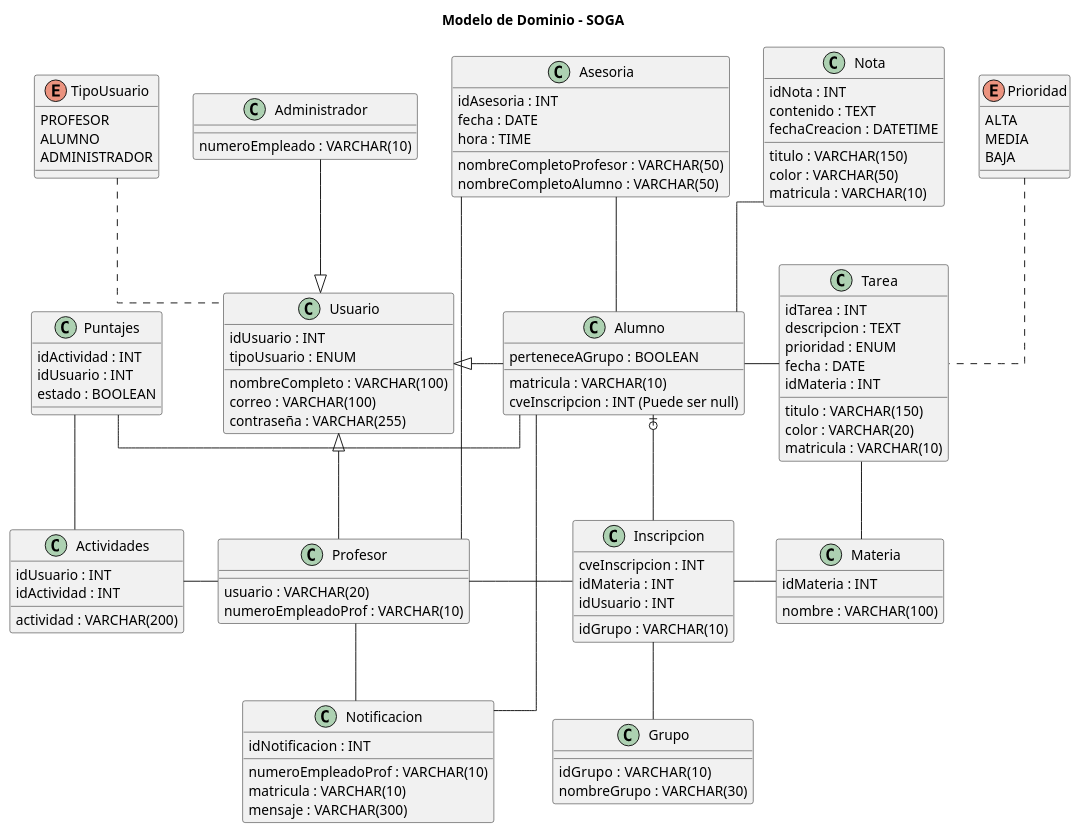
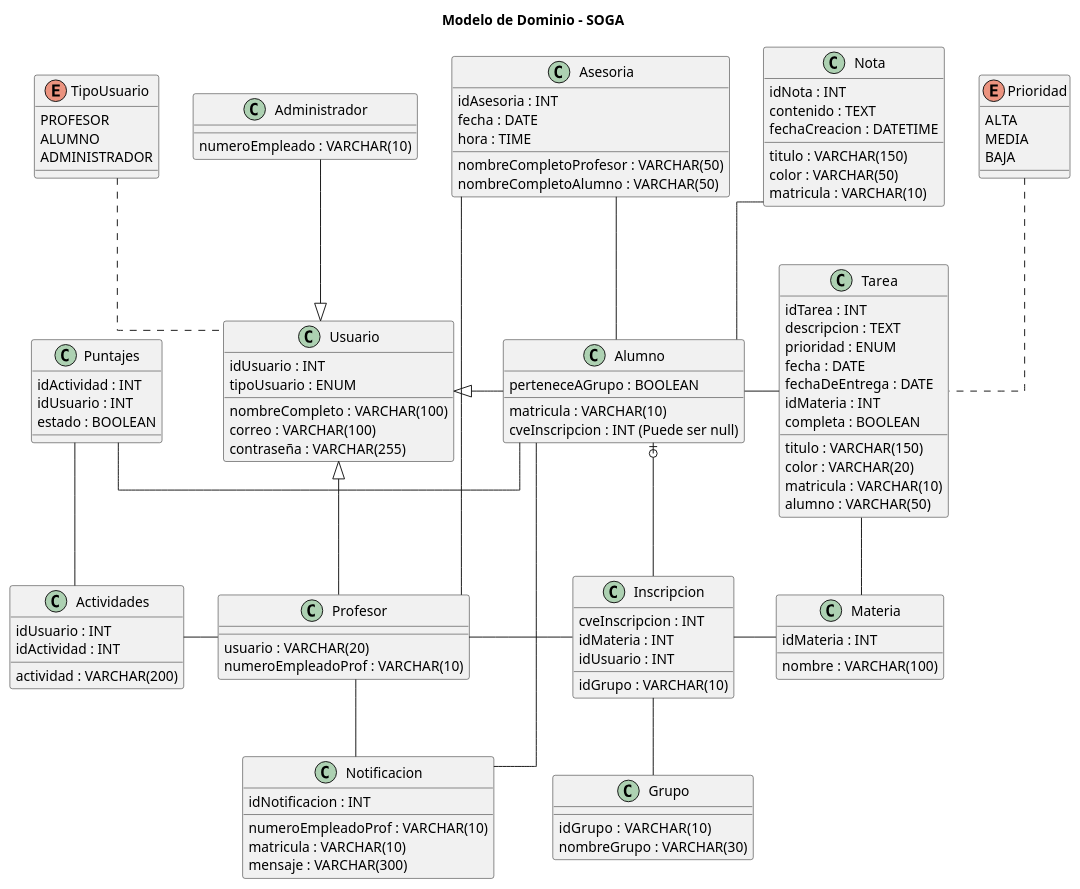
The diagram in lib/modelo.puml (Emma230807/soga), drawn with PlantUML before and after one commit. The commit also changed 7 other files, not shown here.

```diff
--- a/lib/modelo.puml
+++ b/lib/modelo.puml
@@ -2,158 +2,161 @@
 @startuml
 title Modelo de Dominio - SOGA
 
 skinparam classAttributeIconSize 0
 skinparam linetype ortho
 
 ' =========================
 ' USUARIO
 ' =========================
 
 class Usuario {
   idUsuario : INT
   tipoUsuario : ENUM
   nombreCompleto : VARCHAR(100)
   correo : VARCHAR(100)
   contraseña : VARCHAR(255)
 }
 
 class Alumno {
   matricula : VARCHAR(10)
   cveInscripcion : INT (Puede ser null)
   perteneceAGrupo : BOOLEAN
 }
 
 class Profesor {
   usuario : VARCHAR(20)
   numeroEmpleadoProf : VARCHAR(10)
 }
 
 class Administrador {
   numeroEmpleado : VARCHAR(10)
 }
 
 class Materia {
   idMateria : INT
   nombre : VARCHAR(100)
 }
 
 class Inscripcion{
   cveInscripcion : INT
   idGrupo : VARCHAR(10)
   idMateria : INT
   idUsuario : INT
 }
 
 ' =========================
 ' GRUPO, NOTA Y TAREA
 ' =========================
 
 class Grupo {
   idGrupo  : VARCHAR(10)
   nombreGrupo : VARCHAR(30)
 }
 
 class Nota {
   idNota : INT
   contenido : TEXT
   fechaCreacion : DATETIME
   titulo : VARCHAR(150)
   color : VARCHAR(50)
   matricula : VARCHAR(10)
 }
 
 class Tarea {
   idTarea : INT
   descripcion : TEXT
   prioridad : ENUM
   fecha : DATE
+  fechaDeEntrega : DATE
   titulo : VARCHAR(150)
   idMateria : INT
   color : VARCHAR(20)
   matricula : VARCHAR(10)
+  completa : BOOLEAN
+  alumno : VARCHAR(50)
 }
 
 class Asesoria {
   idAsesoria : INT
   fecha : DATE
   hora : TIME
   nombreCompletoProfesor : VARCHAR(50)
   nombreCompletoAlumno : VARCHAR(50)
 }
 
 ' =========================
 ' Puntajes y mensajes
 ' =========================
 
 class Actividades {
   idUsuario : INT
   idActividad : INT
   actividad : VARCHAR(200)
 }
 
 class Puntajes {
   idActividad : INT
   idUsuario : INT 
   estado : BOOLEAN
 }
 
 class Notificacion {
   idNotificacion : INT
   numeroEmpleadoProf : VARCHAR(10)
   matricula : VARCHAR(10)
   mensaje : VARCHAR(300)
 }
 
 ' =========================
 ' ENUMERACIONES
 ' =========================
 
 enum TipoUsuario {
   PROFESOR
   ALUMNO
   ADMINISTRADOR
 }
 
 enum Prioridad {
   ALTA
   MEDIA
   BAJA
 }
 
 ' =========================
 ' HERENCIA
 ' =========================
 
 Usuario <|-right- Alumno
 Usuario <|-down- Profesor
 Usuario <|-up- Administrador
 
 ' =========================
 ' NOTAS DE ENUMERACIONES
 ' =========================
 
 Usuario .left. TipoUsuario
 Tarea .up. Prioridad
 
 Tarea -left- Alumno
 Tarea -down- Materia
 Nota -down- Alumno
 
 Profesor -right- Inscripcion
 Grupo -up- Inscripcion
 Materia -left- Inscripcion
 Alumno |o-- Inscripcion
 
 Profesor -- Notificacion
 Alumno -- Notificacion
 
 Profesor -left- Actividades
 Puntajes -down- Actividades
 
 Puntajes -[hidden]up- TipoUsuario
 Puntajes -[norank]- Alumno
 
 Alumno -[norank]- Asesoria
 Asesoria -[norank]- Profesor
 
 @enduml
```
